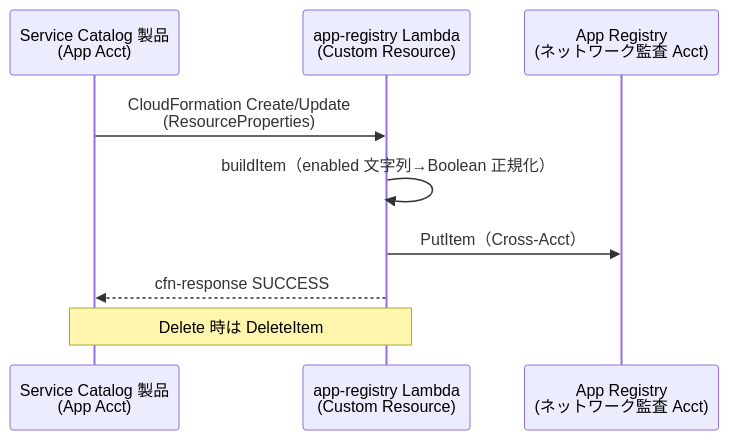
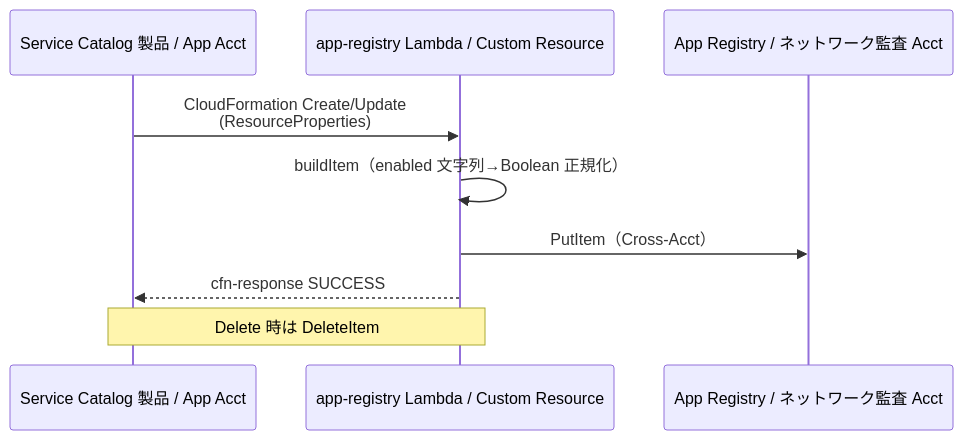
One commit to suepie/aws-atuh-poc changed the diagram in doc/api-platform/basic-design/12-app-registry-design.md. Above: the diagram before and after it, drawn with Mermaid. The commit also changed 22 other files, not shown here.

````diff
--- a/doc/api-platform/basic-design/12-app-registry-design.md
+++ b/doc/api-platform/basic-design/12-app-registry-design.md
@@ -43,12 +43,12 @@
 ```mermaid
 sequenceDiagram
-    participant SC as Service Catalog 製品<br/>(App Acct)
-    participant CR as app-registry Lambda<br/>(Custom Resource)
-    participant DDB as App Registry<br/>(ネットワーク監査 Acct)
+    participant SC as Service Catalog 製品 / App Acct
+    participant CR as app-registry Lambda / Custom Resource
+    participant DDB as App Registry / ネットワーク監査 Acct
 
     SC->>CR: CloudFormation Create/Update<br/>(ResourceProperties)
     CR->>CR: buildItem（enabled 文字列→Boolean 正規化）
     CR->>DDB: PutItem（Cross-Acct）
     CR-->>SC: cfn-response SUCCESS
     Note over SC,CR: Delete 時は DeleteItem
 ```
````
